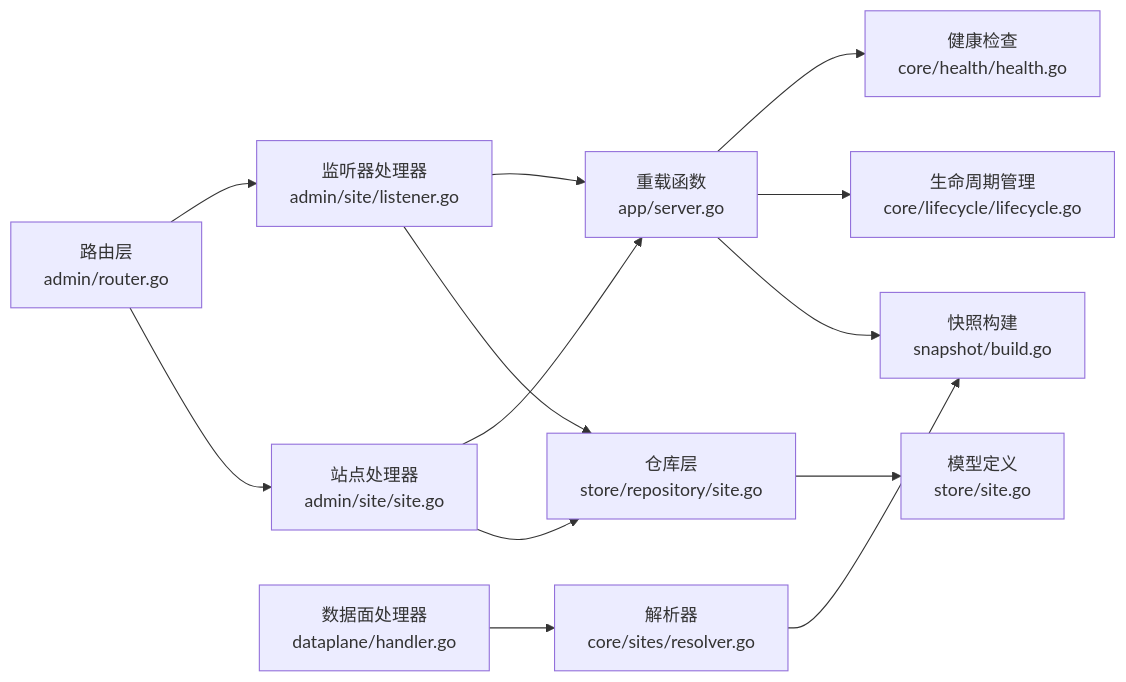
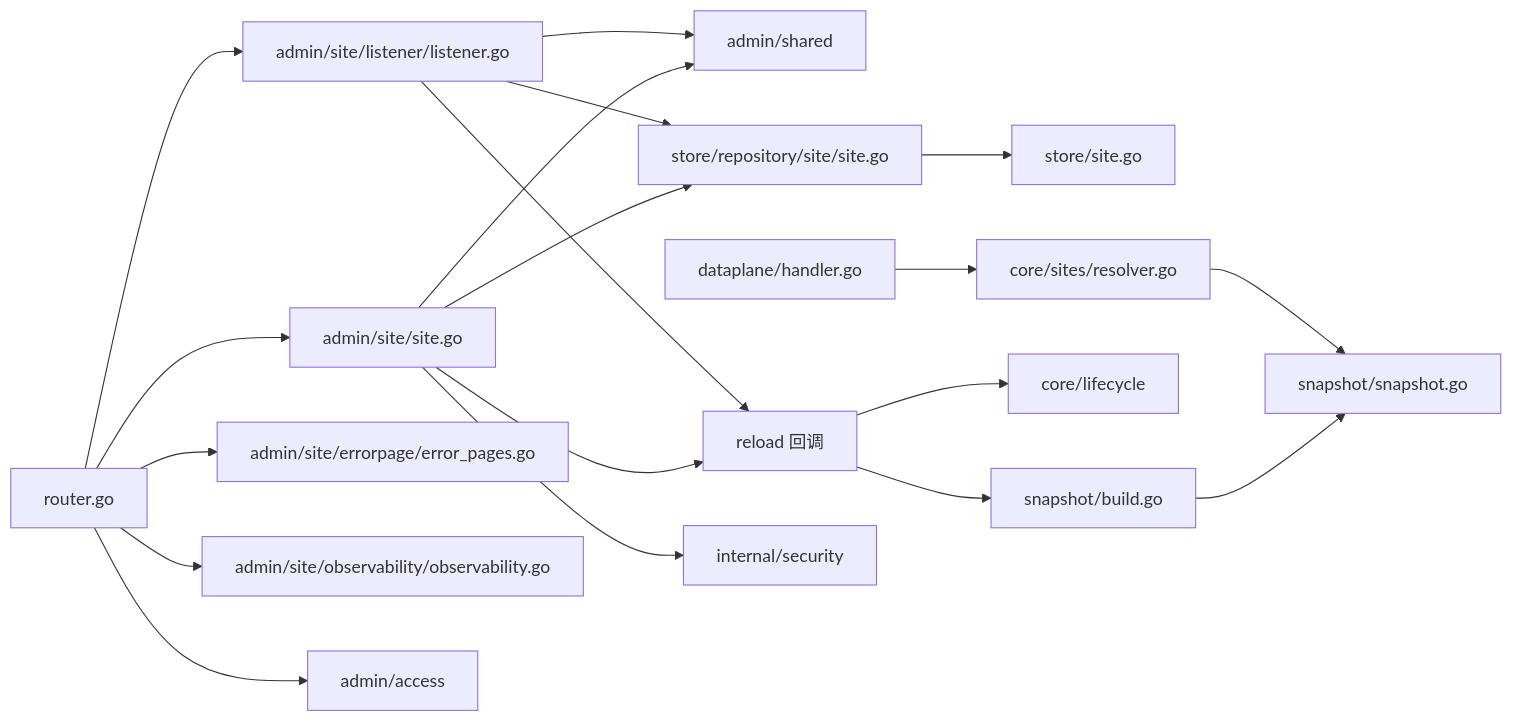
The sixth of 6 diagrams in docs/管理 API 系统/站点管理 API.md (x01n/My-OpenWaf), drawn with Mermaid before and after one commit. The commit also changed other lines of this file and 622 other files, not shown here.

````diff
--- a/docs/管理 API 系统/站点管理 API.md
+++ b/docs/管理 API 系统/站点管理 API.md
@@ -337,15 +541,21 @@
 ```mermaid
 graph LR
-Router["路由层<br/>admin/router.go"] --> Handler["站点处理器<br/>admin/site/site.go"]
-Router --> ListenerHandler["监听器处理器<br/>admin/site/listener.go"]
-Handler --> Repo["仓库层<br/>store/repository/site.go"]
-ListenerHandler --> Repo
-Repo --> Models["模型定义<br/>store/site.go"]
-Handler --> Reload["重载函数<br/>app/server.go"]
-ListenerHandler --> Reload
-Reload --> Snapshot["快照构建<br/>snapshot/build.go"]
-Reload --> Lifecycle["生命周期管理<br/>core/lifecycle/lifecycle.go"]
-Reload --> Health["健康检查<br/>core/health/health.go"]
-DataPlane["数据面处理器<br/>dataplane/handler.go"] --> Resolver["解析器<br/>core/sites/resolver.go"]
-Resolver --> Snapshot
+RT["router.go"] --> SITEH["admin/site/site.go"]
+RT --> LISH["admin/site/listener/listener.go"]
+RT --> ERRH["admin/site/errorpage/error_pages.go"]
+RT --> OBSH["admin/site/observability/observability.go"]
+RT --> ACCH["admin/access"]
+SITEH --> SHARED["admin/shared"]
+LISH --> SHARED
+SITEH --> SREPO["store/repository/site/site.go"]
+LISH --> SREPO
+SREPO --> MODELS["store/site.go"]
+SITEH --> RL["reload 回调"]
+LISH --> RL
+RL --> BUILD["snapshot/build.go"]
+BUILD --> SNAP["snapshot/snapshot.go"]
+RL --> LC["core/lifecycle"]
+DP["dataplane/handler.go"] --> RES["core/sites/resolver.go"]
+RES --> SNAP
+SITEH --> SEC["internal/security"]
 ```
````
